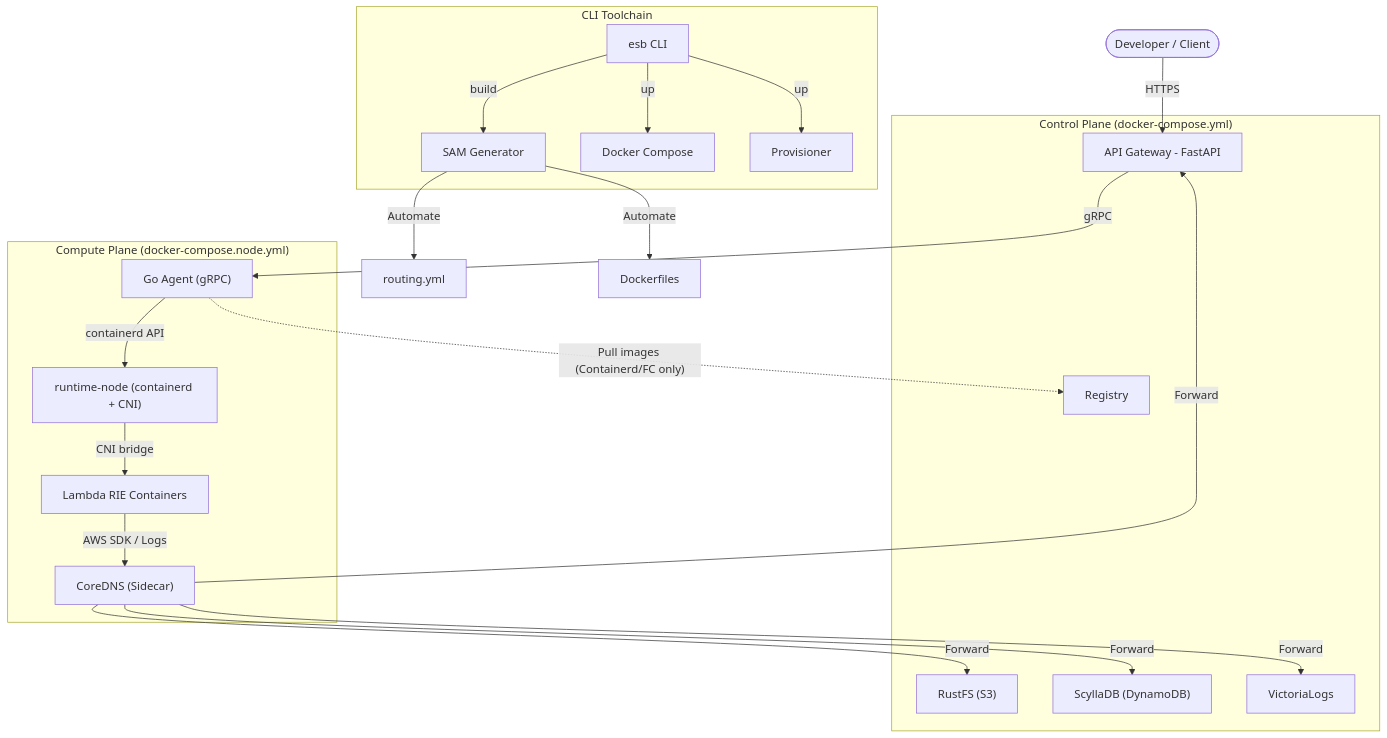
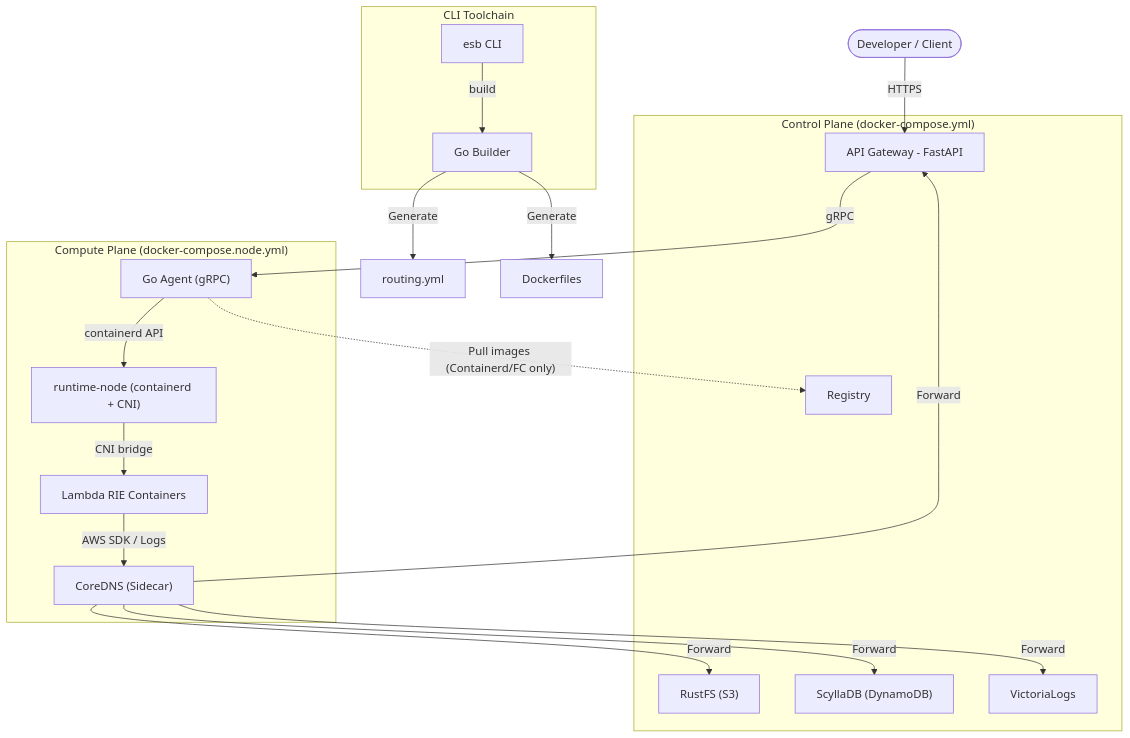
Before and after one commit to poruru-code/esb: the diagram in README.md, drawn with Mermaid. The commit also changed other lines of this file and 88 other files, not shown here.

Commit message:
CLI: generator.yml廃止 / Drop generator config

````diff
--- a/README.md
+++ b/README.md
@@ -86,38 +33,36 @@
 ```mermaid
 flowchart TD
     User([Developer / Client]) -->|HTTPS| Gateway["API Gateway - FastAPI"]
 
     subgraph Control ["Control Plane (docker-compose.yml)"]
         Gateway
         RustFS["RustFS (S3)"]
         ScyllaDB["ScyllaDB (DynamoDB)"]
         VictoriaLogs["VictoriaLogs"]
         Registry["Registry"]
     end
 
     subgraph Compute ["Compute Plane (docker-compose.node.yml)"]
         RuntimeNode["runtime-node (containerd + CNI)"]
         Agent["Go Agent (gRPC)"]
         CoreDNS["CoreDNS (Sidecar)"]
         LambdaRIE["Lambda RIE Containers"]
     end
 
     Gateway -->|gRPC| Agent
     Agent -->|containerd API| RuntimeNode
     RuntimeNode -->|CNI bridge| LambdaRIE
     LambdaRIE -->|AWS SDK / Logs| CoreDNS
     CoreDNS -->|Forward| Gateway
     CoreDNS -->|Forward| RustFS
     CoreDNS -->|Forward| ScyllaDB
     CoreDNS -->|Forward| VictoriaLogs
     Agent -.->|"Pull images (Containerd/FC only)"| Registry
     
     subgraph Toolchain ["CLI Toolchain"]
-        esb[esb CLI] -->|build| Generator[SAM Generator]
-        esb -->|up| DockerCompose[Docker Compose]
-        esb -->|up| Provisioner[Provisioner]
+        esb[esb CLI] -->|build| GoBuilder[Go Builder]
     end
     
-    Generator -->|Automate| Routing[routing.yml]
-    Generator -->|Automate| Dockerfiles[Dockerfiles]
+    GoBuilder -->|Generate| Routing[routing.yml]
+    GoBuilder -->|Generate| Dockerfiles[Dockerfiles]
 ```
````
